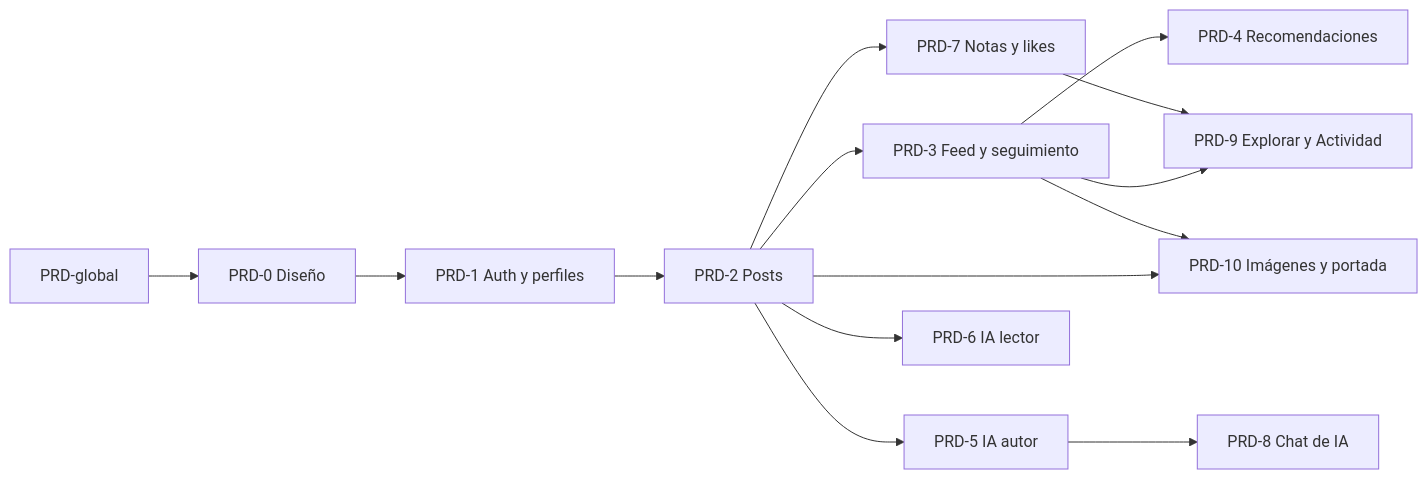
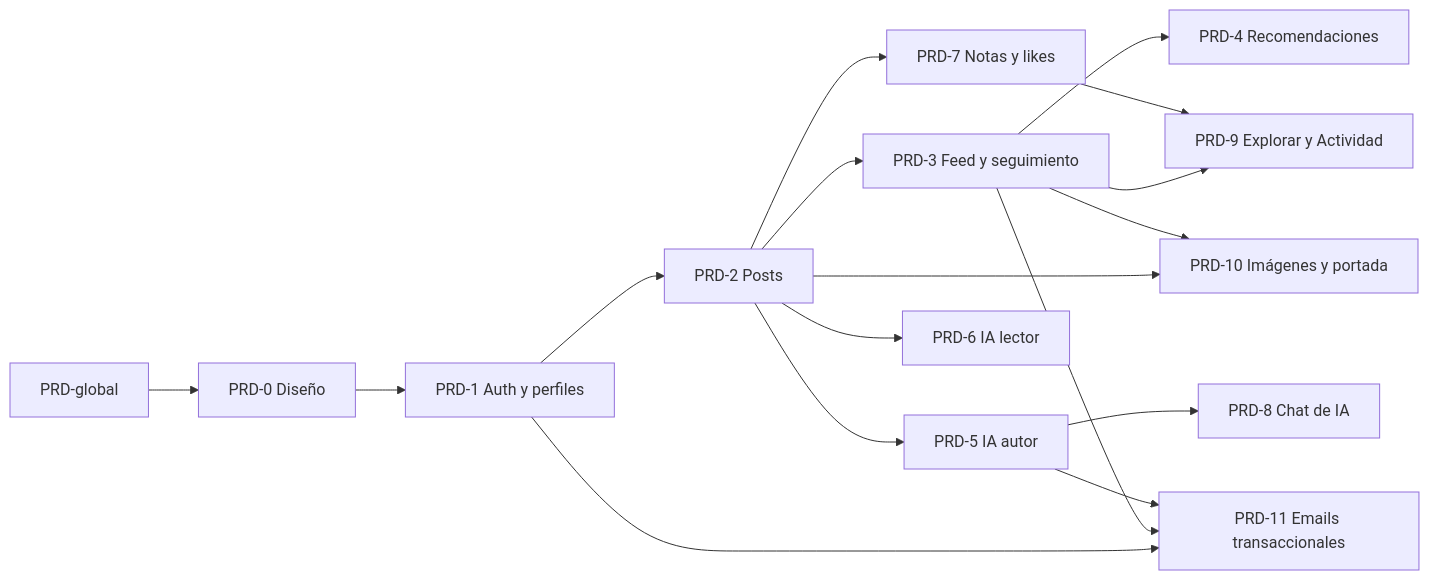
The diagram in docs/prds/README.md (dylan-tovar/blog-ia), drawn with Mermaid before and after one commit. The commit also changed other lines of this file and 4 other files, not shown here.

````diff
--- a/docs/prds/README.md
+++ b/docs/prds/README.md
@@ -54,16 +56,19 @@
 ```mermaid
 flowchart LR
   G[PRD-global] --> P0[PRD-0 Diseño]
   P0 --> P1[PRD-1 Auth y perfiles]
   P1 --> P2[PRD-2 Posts]
   P2 --> P3[PRD-3 Feed y seguimiento]
   P3 --> P4[PRD-4 Recomendaciones]
   P2 --> P7[PRD-7 Notas y likes]
   P2 --> P5[PRD-5 IA autor]
   P2 --> P6[PRD-6 IA lector]
   P5 --> P8[PRD-8 Chat de IA]
   P3 --> P9[PRD-9 Explorar y Actividad]
   P7 --> P9
   P2 --> P10[PRD-10 Imágenes y portada]
   P3 --> P10
+  P1 --> P11[PRD-11 Emails transaccionales]
+  P3 --> P11
+  P5 --> P11
 ```
````
